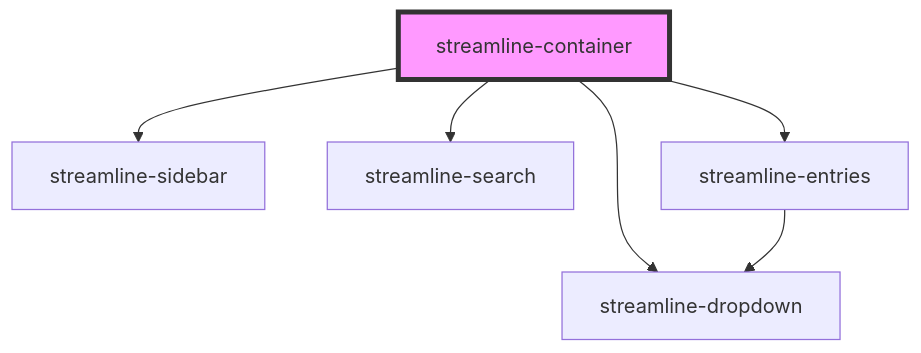
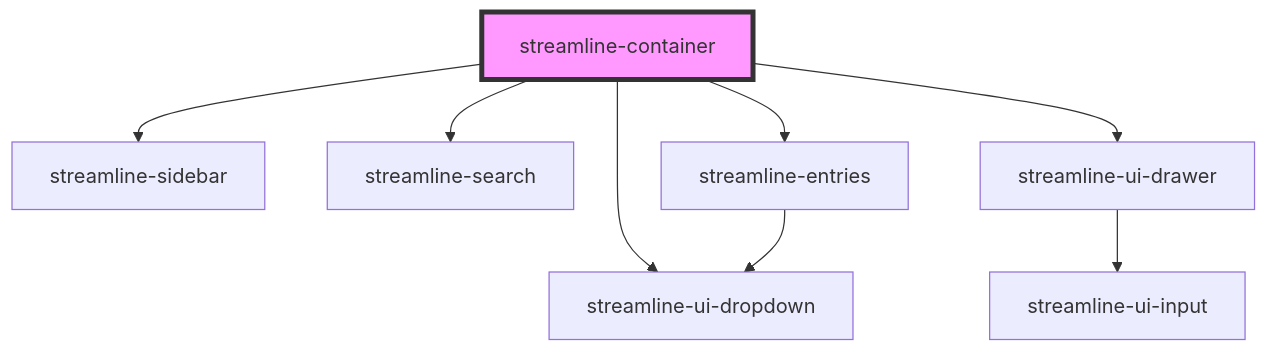
The diagram in stencil/src/components/streamline-container/readme.md (dnnsjsk/streamline), drawn with Mermaid before and after one commit. The commit also changed other lines of this file and 37 other files, not shown here.

Commit message:
Add drawer and reintroduce input

````diff
--- a/stencil/src/components/streamline-container/readme.md
+++ b/stencil/src/components/streamline-container/readme.md
@@ -57,9 +58,11 @@
 ```mermaid
 graph TD;
   streamline-container --> streamline-sidebar
   streamline-container --> streamline-search
-  streamline-container --> streamline-dropdown
+  streamline-container --> streamline-ui-dropdown
   streamline-container --> streamline-entries
-  streamline-entries --> streamline-dropdown
+  streamline-container --> streamline-ui-drawer
+  streamline-entries --> streamline-ui-dropdown
+  streamline-ui-drawer --> streamline-ui-input
   style streamline-container fill:#f9f,stroke:#333,stroke-width:4px
 ```
````
